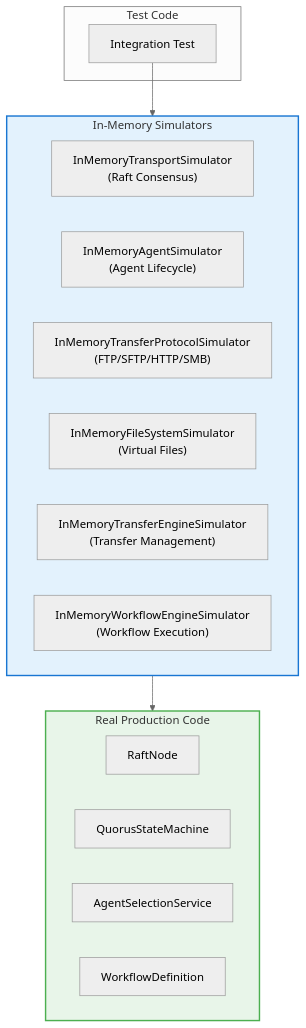
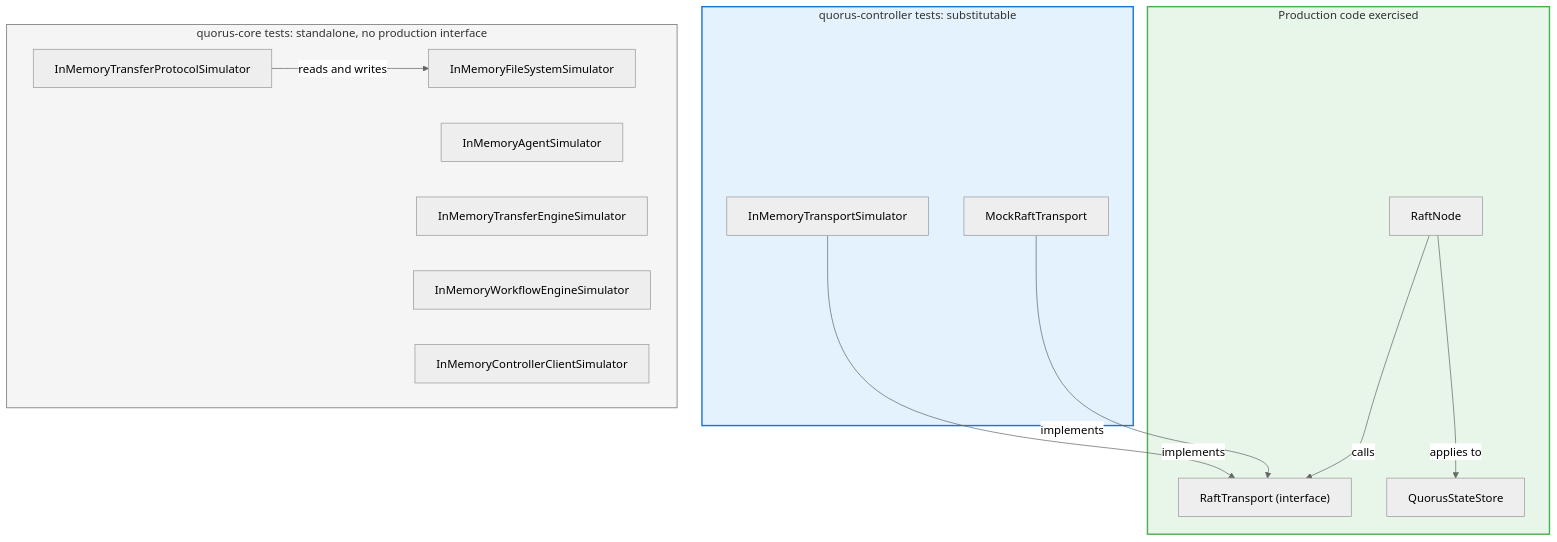
One commit to mraysmit/quorus changed the first of 2 diagrams in docs-design/design/QUORUS_IN_MEMORY_SIMULATORS_DESIGN.md. Above: the diagram before and after it, drawn with Mermaid (neutral theme). The commit also changed other lines of this file and 50 other files, not shown here.

````diff
--- a/docs-design/design/QUORUS_IN_MEMORY_SIMULATORS_DESIGN.md
+++ b/docs-design/design/QUORUS_IN_MEMORY_SIMULATORS_DESIGN.md
@@ -78,28 +94,32 @@
 ```mermaid
 flowchart TB
-    subgraph TestCode["Test Code"]
-        Test["Integration Test"]
+    subgraph Controller["quorus-controller tests: substitutable"]
+        ITS["InMemoryTransportSimulator"]
+        MRT["MockRaftTransport"]
     end
-    
-    subgraph Simulators["In-Memory Simulators"]
-        ITS["InMemoryTransportSimulator<br/>(Raft Consensus)"]
-        IAS["InMemoryAgentSimulator<br/>(Agent Lifecycle)"]
-        ITPS["InMemoryTransferProtocolSimulator<br/>(FTP/SFTP/HTTP/SMB)"]
-        IFSS["InMemoryFileSystemSimulator<br/>(Virtual Files)"]
-        ITES["InMemoryTransferEngineSimulator<br/>(Transfer Management)"]
-        IWES["InMemoryWorkflowEngineSimulator<br/>(Workflow Execution)"]
+
+    subgraph Prod["Production code exercised"]
+        RT["RaftTransport (interface)"]
+        RN["RaftNode"]
+        QSS["QuorusStateStore"]
     end
-    
-    subgraph RealCode["Real Production Code"]
-        RN["RaftNode"]
-        SM["QuorusStateMachine"]
-        ASS["AgentSelectionService"]
-        WF["WorkflowDefinition"]
+
+    subgraph Core["quorus-core tests: standalone, no production interface"]
+        ITPS["InMemoryTransferProtocolSimulator"]
+        IFSS["InMemoryFileSystemSimulator"]
+        IAS["InMemoryAgentSimulator"]
+        ITES["InMemoryTransferEngineSimulator"]
+        IWES["InMemoryWorkflowEngineSimulator"]
+        ICCS["InMemoryControllerClientSimulator"]
     end
-    
-    Test --> Simulators
-    Simulators --> RealCode
-    
-    style Simulators fill:#e3f2fd,stroke:#1976d2,stroke-width:2px
-    style RealCode fill:#e8f5e9,stroke:#4caf50,stroke-width:2px
+
+    ITS -->|implements| RT
+    MRT -->|implements| RT
+    RN -->|calls| RT
+    RN -->|applies to| QSS
+    ITPS -->|reads and writes| IFSS
+
+    style Controller fill:#e3f2fd,stroke:#1976d2,stroke-width:2px
+    style Prod fill:#e8f5e9,stroke:#4caf50,stroke-width:2px
+    style Core fill:#f5f5f5,stroke:#666,stroke-width:1px
 ```
````
